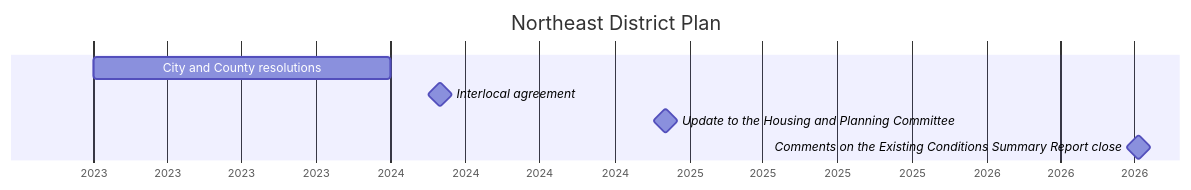
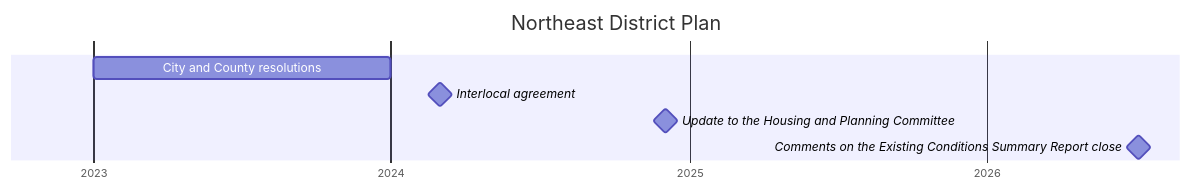
Before and after one commit to changesaroundme/calendars: diagram 14 of 32 in docs/projects.md, drawn with Mermaid. The commit also changed other lines of this file and 3 other files, not shown here.

````diff
--- a/docs/projects.md
+++ b/docs/projects.md
@@ -302,10 +327,12 @@
 ```mermaid
 gantt
     title Northeast District Plan
     dateFormat YYYY-MM-DD
     axisFormat %Y
+    tickInterval 12month
+    todayMarker off
     City and County resolutions :p1, 2023-01-01, 2023-12-31
     Interlocal agreement :milestone, p2, 2024-03-01, 0d
     Update to the Housing and Planning Committee :milestone, p3, 2024-12-03, 0d
     Comments on the Existing Conditions Summary Report close :milestone, p4, 2026-07-06, 0d
 ```
````
